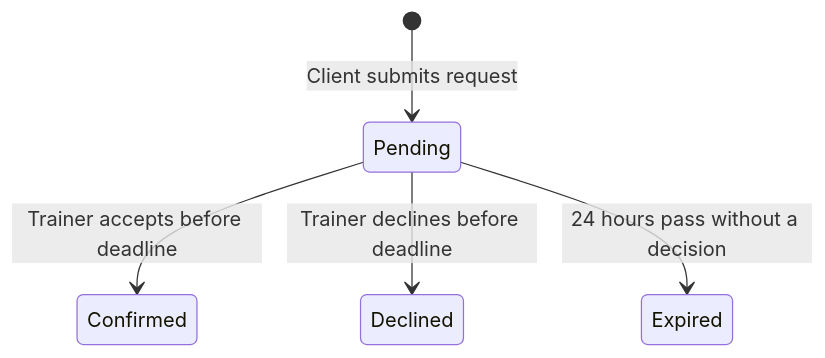
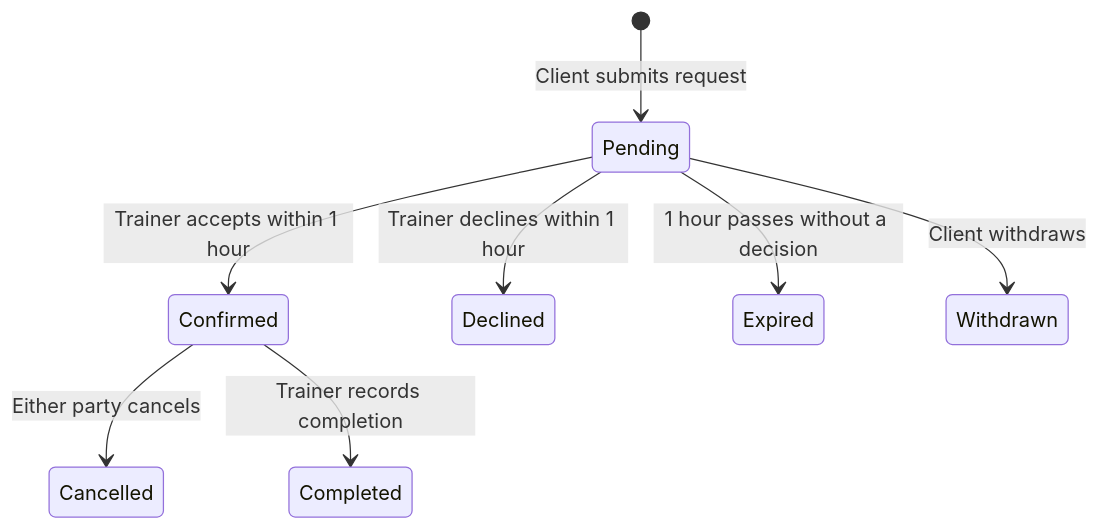
One commit to Lokis2009/fitness-connect changed the second of 2 diagrams in docs/prd/scheduled-in-person-sessions.md. Above: the diagram before and after it, drawn with Mermaid. The commit also changed other lines of this file, not shown here.

````diff
--- a/docs/prd/scheduled-in-person-sessions.md
+++ b/docs/prd/scheduled-in-person-sessions.md
@@ -104,7 +135,10 @@
 ```mermaid
 stateDiagram-v2
     [*] --> Pending: Client submits request
-    Pending --> Confirmed: Trainer accepts before deadline
-    Pending --> Declined: Trainer declines before deadline
-    Pending --> Expired: 24 hours pass without a decision
+    Pending --> Confirmed: Trainer accepts within 1 hour
+    Pending --> Declined: Trainer declines within 1 hour
+    Pending --> Expired: 1 hour passes without a decision
+    Pending --> Withdrawn: Client withdraws
+    Confirmed --> Cancelled: Either party cancels
+    Confirmed --> Completed: Trainer records completion
 ```
````
